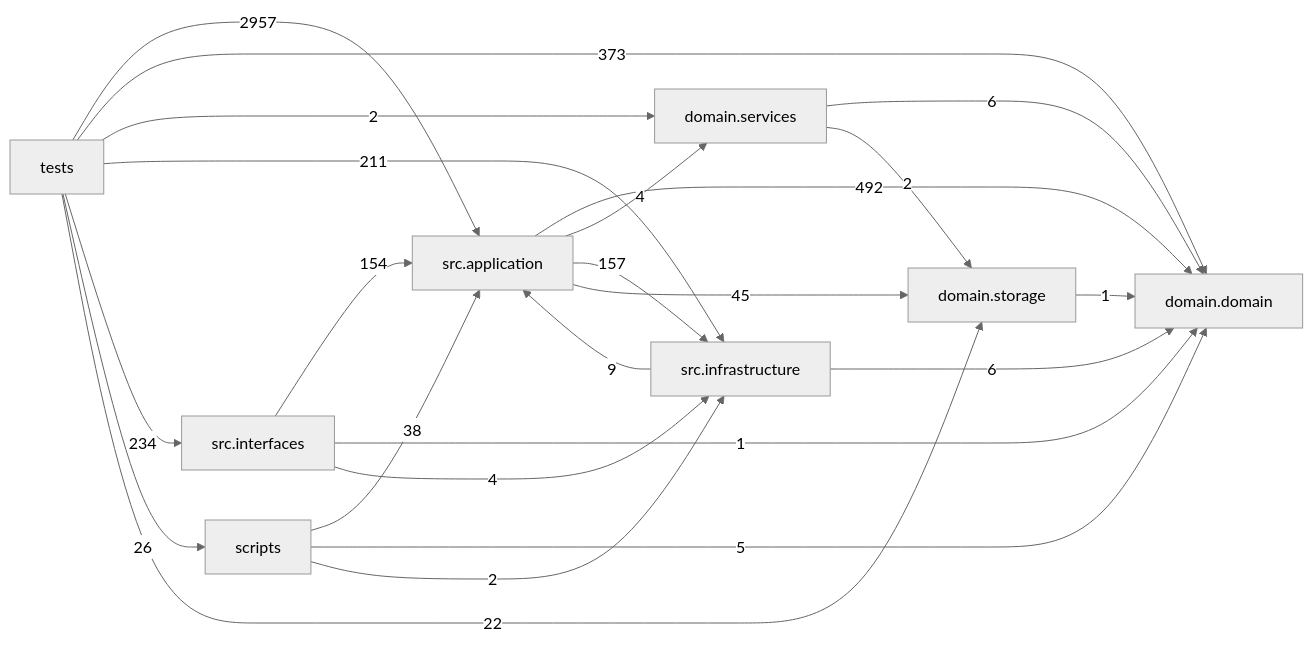
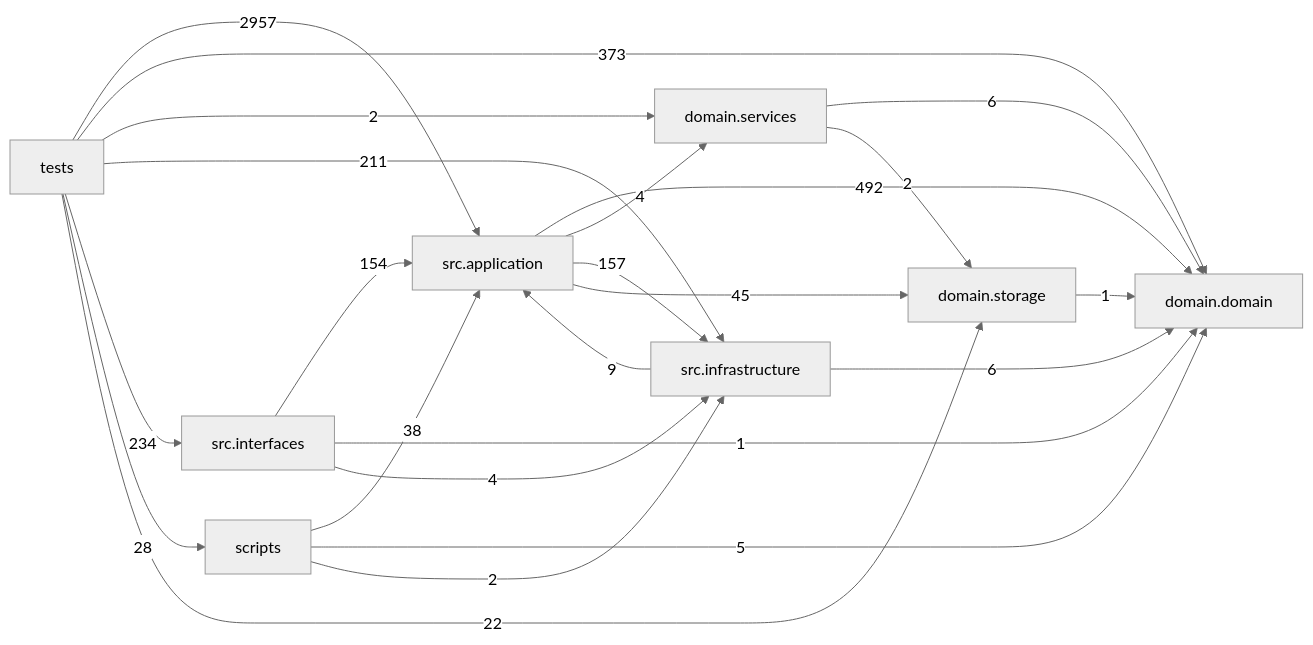
The diagram in docs/DEPENDENCY_GRAPH.md (liuxie066/options-monitor), drawn with Mermaid (neutral theme) before and after one commit. The commit also changed other lines of this file and 2 other files, not shown here.

````diff
--- a/docs/DEPENDENCY_GRAPH.md
+++ b/docs/DEPENDENCY_GRAPH.md
@@ -24,33 +24,33 @@
 ```mermaid
 flowchart LR
   tests["tests"]
   scripts["scripts"]
   interfaces["src.interfaces"]
   application["src.application"]
   infrastructure["src.infrastructure"]
   domain_services["domain.services"]
   domain["domain.domain"]
   storage["domain.storage"]
   application -->|492| domain
   application -->|4| domain_services
   application -->|157| infrastructure
   application -->|45| storage
   domain_services -->|6| domain
   domain_services -->|2| storage
   infrastructure -->|9| application
   infrastructure -->|6| domain
   interfaces -->|154| application
   interfaces -->|1| domain
   interfaces -->|4| infrastructure
   scripts -->|38| application
   scripts -->|5| domain
   scripts -->|2| infrastructure
   storage -->|1| domain
   tests -->|2957| application
   tests -->|373| domain
   tests -->|2| domain_services
   tests -->|211| infrastructure
   tests -->|234| interfaces
-  tests -->|26| scripts
+  tests -->|28| scripts
   tests -->|22| storage
 ```
````
